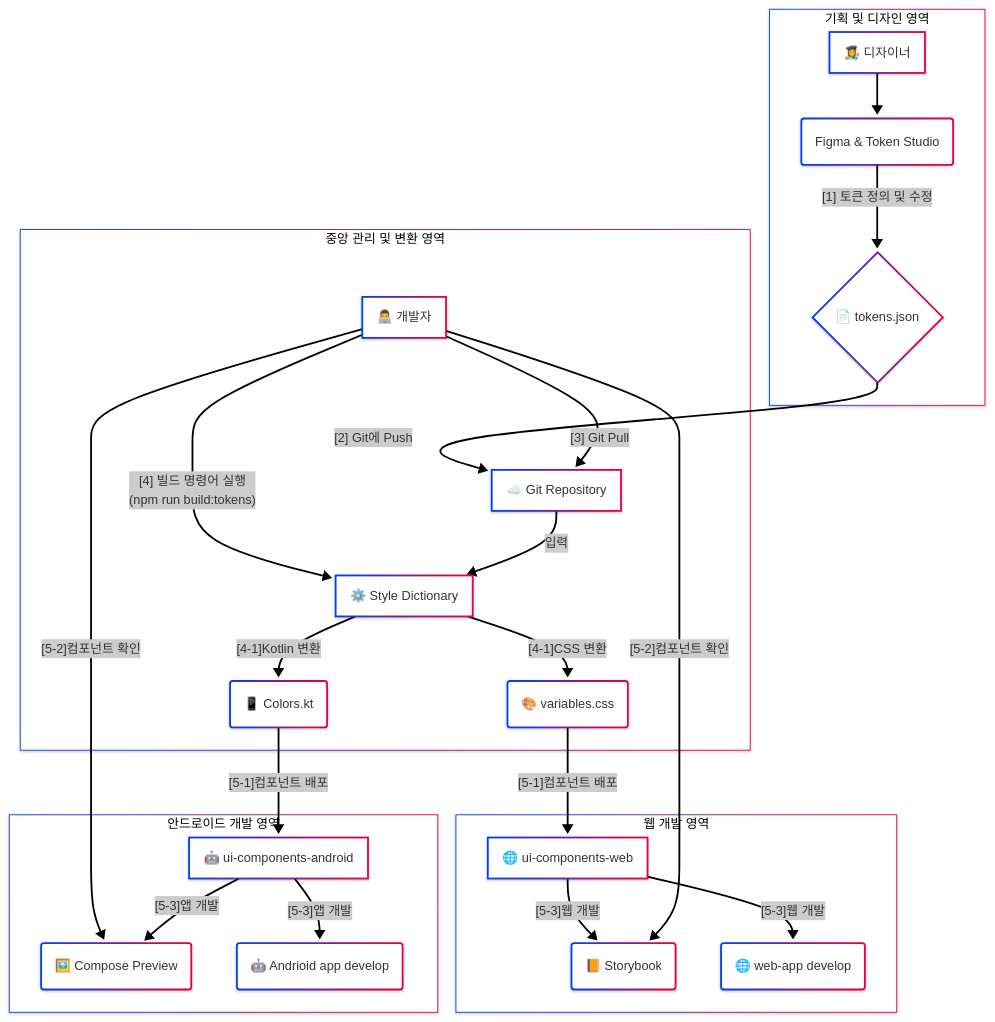
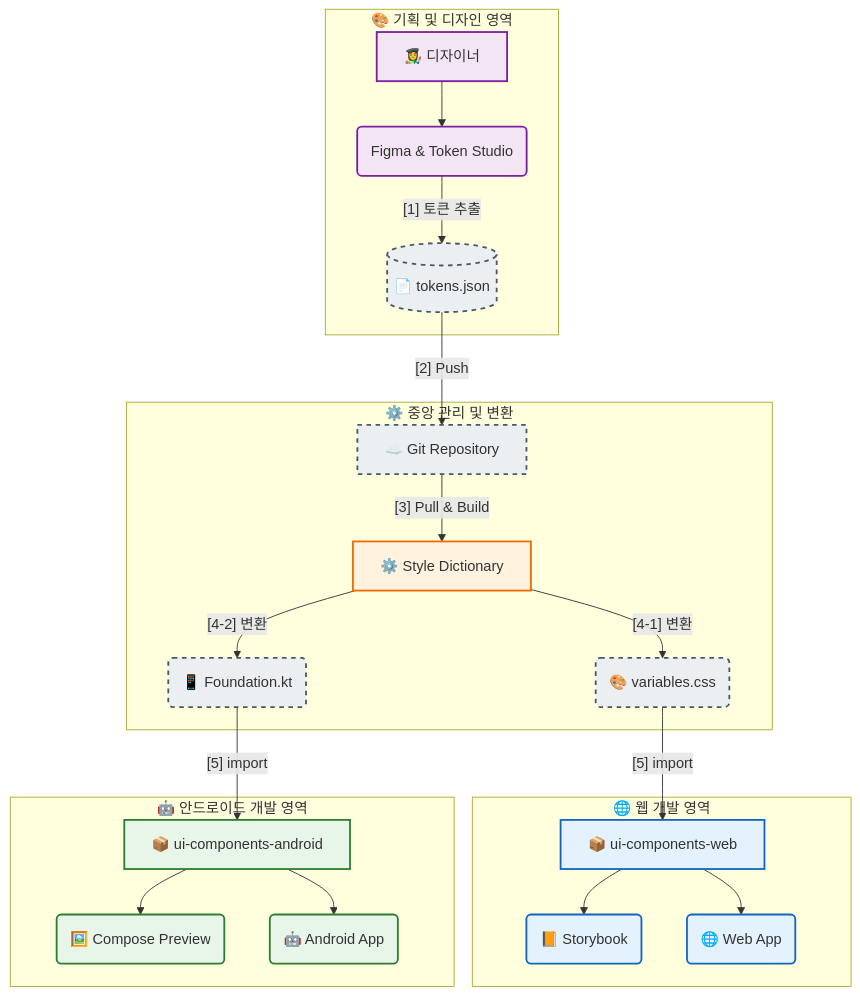
Before and after one commit to corollazer0/nhcx2025: the first of 2 diagrams in README.md, drawn with Mermaid. The commit also changed other lines of this file, not shown here.

````diff
--- a/README.md
+++ b/README.md
@@ -14,46 +15,45 @@
 ```mermaid
----
-config:
-  layout: fixed
-  theme: neo
-  look: neo
----
 flowchart TD
- subgraph subGraph0["기획 및 디자인 영역"]
-        B("Figma & Token Studio")
-        A["👩‍🎨 디자이너"]
-        C{"📄 tokens.json"}
-  end
- subgraph subGraph1["중앙 관리 및 변환 영역"]
-        D["☁️ Git Repository"]
-        E["👨‍💻 개발자"]
-        F["⚙️ Style Dictionary"]
-        G1("🎨 variables.css")
-        G2("📱 Colors.kt")
-  end
- subgraph subGraph2["웹 개발 영역"]
-        H1["🌐 ui-components-web"]
-        I1("📙 Storybook")
-        K1("🌐 web-app develop")
-  end
- subgraph subGraph3["안드로이드 개발 영역"]
-        H2["🤖 ui-components-android"]
-        I2("🖼️ Compose Preview")
-        K2("🤖 Andrioid app develop")
-  end
-    A --> B
-    B -- [1] 토큰 정의 및 수정 --> C
-    C -- [2] Git에 Push --> D
-    E -- [3] Git Pull --> D
-    E -- [4] 빌드 명령어 실행<br>(npm run build:tokens) --> F
-    D -- 입력 --> F
-    F -- [4-1]CSS 변환 --> G1
-    F -- [4-1]Kotlin 변환 --> G2
-    G1 --[5-1]컴포넌트 배포--> H1
-    H1 --[5-3]웹 개발--> I1 & K1
-    E -- [5-2]컴포넌트 확인 --> I1 & I2
-    G2 --[5-1]컴포넌트 배포--> H2
-    H2 --[5-3]앱 개발--> I2 & K2
+    %% --- 색상 정의 (다크/라이트 모두 잘 보이는 파스텔+진한 테두리 조합) ---
+    %% 1. 기획/디자인 (보라색 계열): 창의성, 토큰
+    classDef design fill:#F3E5F5,stroke:#7B1FA2,stroke-width:2px,color:#333;
+    
+    %% 2. 데이터/파일 (회색/블루그레이 계열): 중립적, 저장소
+    classDef data fill:#ECEFF1,stroke:#455A64,stroke-width:2px,stroke-dasharray: 5 5,color:#333;
+    
+    %% 3. 변환/로직 (주황색 계열): 처리, 액션
+    classDef transform fill:#FFF3E0,stroke:#EF6C00,stroke-width:2px,color:#333;
+    
+    %% 4. 웹 (파란색 계열): 표준 웹 컬러
+    classDef web fill:#E3F2FD,stroke:#1565C0,stroke-width:2px,color:#333;
+    
+    %% 5. 안드로이드 (초록색 계열): 안드로이드 브랜드 컬러
+    classDef android fill:#E8F5E9,stroke:#2E7D32,stroke-width:2px,color:#333;
 
+    %% --- 차트 내용 ---
+    subgraph Design["🎨 기획 및 디자인 영역"]
+        A["👩‍🎨 디자이너"]:::design --> B("Figma & Token Studio"):::design
+        B -- "[1] 토큰 추출" --> C[("📄 tokens.json")]:::data
+    end
 
+    subgraph Transform["⚙️ 중앙 관리 및 변환"]
+        C -- "[2] Push" --> D["☁️ Git Repository"]:::data
+        
+        D -- "[3] Pull & Build" --> F["⚙️ Style Dictionary"]:::transform
+        
+        F -- "[4-1] 변환" --> G1("🎨 variables.css"):::data
+        F -- "[4-2] 변환" --> G2("📱 Foundation.kt"):::data
+    end
+
+    subgraph Web["🌐 웹 개발 영역"]
+        G1 -- "[5] import" --> H1["📦 ui-components-web"]:::web
+        H1 --> I1("📙 Storybook"):::web
+        H1 --> K1("🌐 Web App"):::web
+    end
+
+    subgraph Android["🤖 안드로이드 개발 영역"]
+        G2 -- "[5] import" --> H2["📦 ui-components-android"]:::android
+        H2 --> I2("🖼️ Compose Preview"):::android
+        H2 --> K2("🤖 Android App"):::android
+    end
 ```
````
